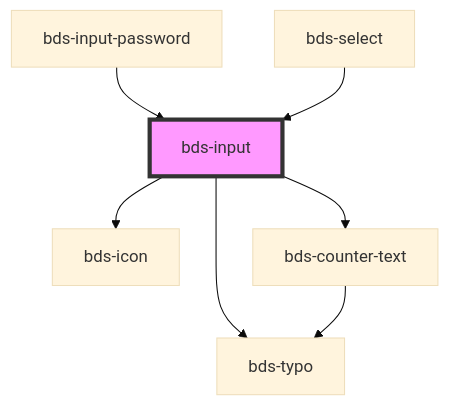
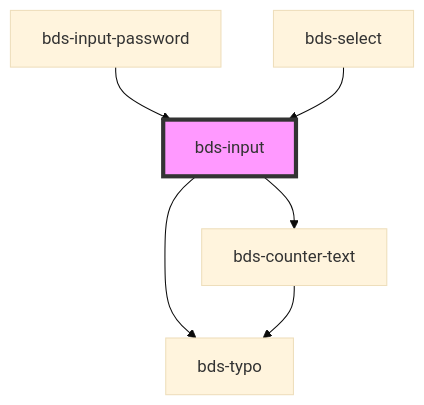
The diagram in src/components/input/readme.md (takenet/blip-ds), drawn with Mermaid (base theme) before and after one commit. The commit also changed other lines of this file and 207 other files, not shown here.

````diff
--- a/src/components/input/readme.md
+++ b/src/components/input/readme.md
@@ -91,10 +90,9 @@
 ```mermaid
 graph TD;
-  bds-input --> bds-icon
   bds-input --> bds-typo
   bds-input --> bds-counter-text
   bds-counter-text --> bds-typo
   bds-input-password --> bds-input
   bds-select --> bds-input
   style bds-input fill:#f9f,stroke:#333,stroke-width:4px
 ```
````
